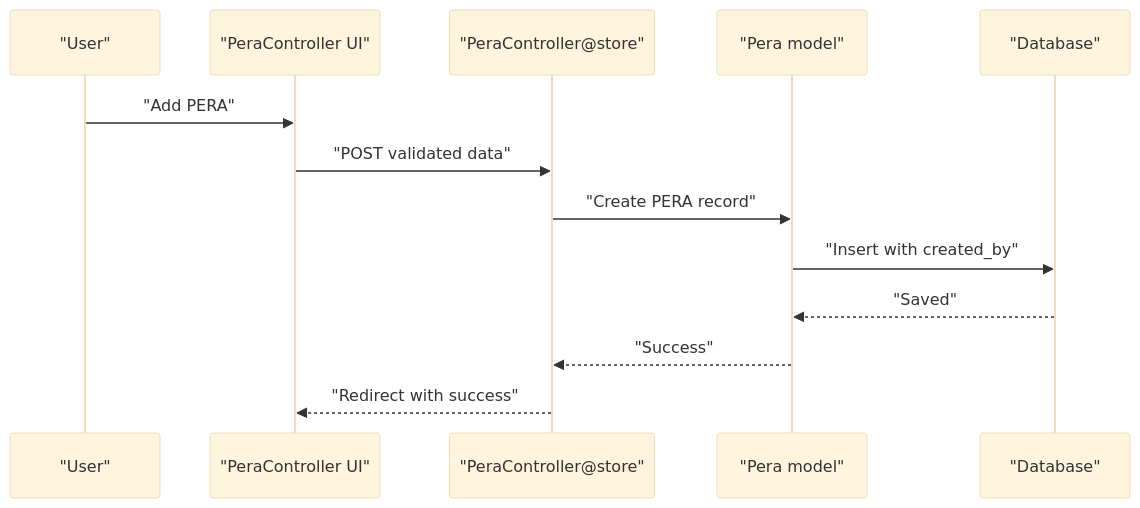
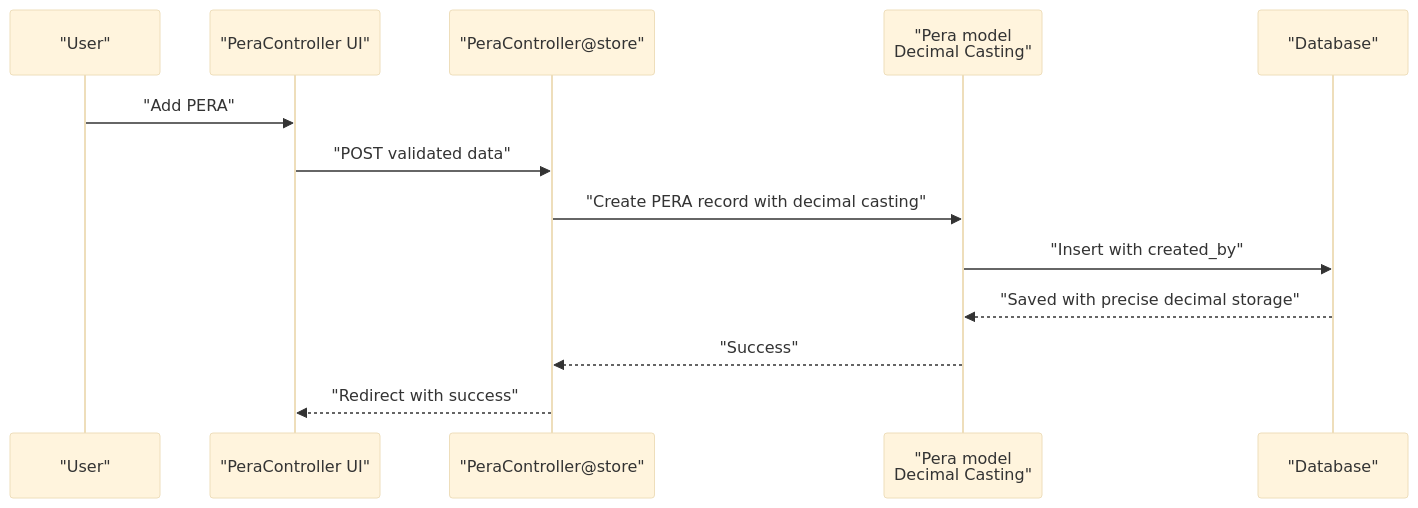
The fifth of 10 diagrams in .qoder/repowiki/en/content/Payroll System/Payroll System.md (vincet0t15/template), drawn with Mermaid (base theme) before and after one commit. The commit also changed other lines of this file and 13 other files, not shown here.

````diff
--- a/.qoder/repowiki/en/content/Payroll System/Payroll System.md
+++ b/.qoder/repowiki/en/content/Payroll System/Payroll System.md
@@ -210,15 +225,15 @@
 ```mermaid
 sequenceDiagram
 participant U as "User"
 participant FE as "PeraController UI"
 participant PE as "PeraController@store"
-participant PM as "Pera model"
+participant PM as "Pera model<br/>Decimal Casting"
 participant DB as "Database"
 U->>FE : "Add PERA"
 FE->>PE : "POST validated data"
-PE->>PM : "Create PERA record"
+PE->>PM : "Create PERA record with decimal casting"
 PM->>DB : "Insert with created_by"
-DB-->>PM : "Saved"
+DB-->>PM : "Saved with precise decimal storage"
 PM-->>PE : "Success"
 PE-->>FE : "Redirect with success"
 ```
````
